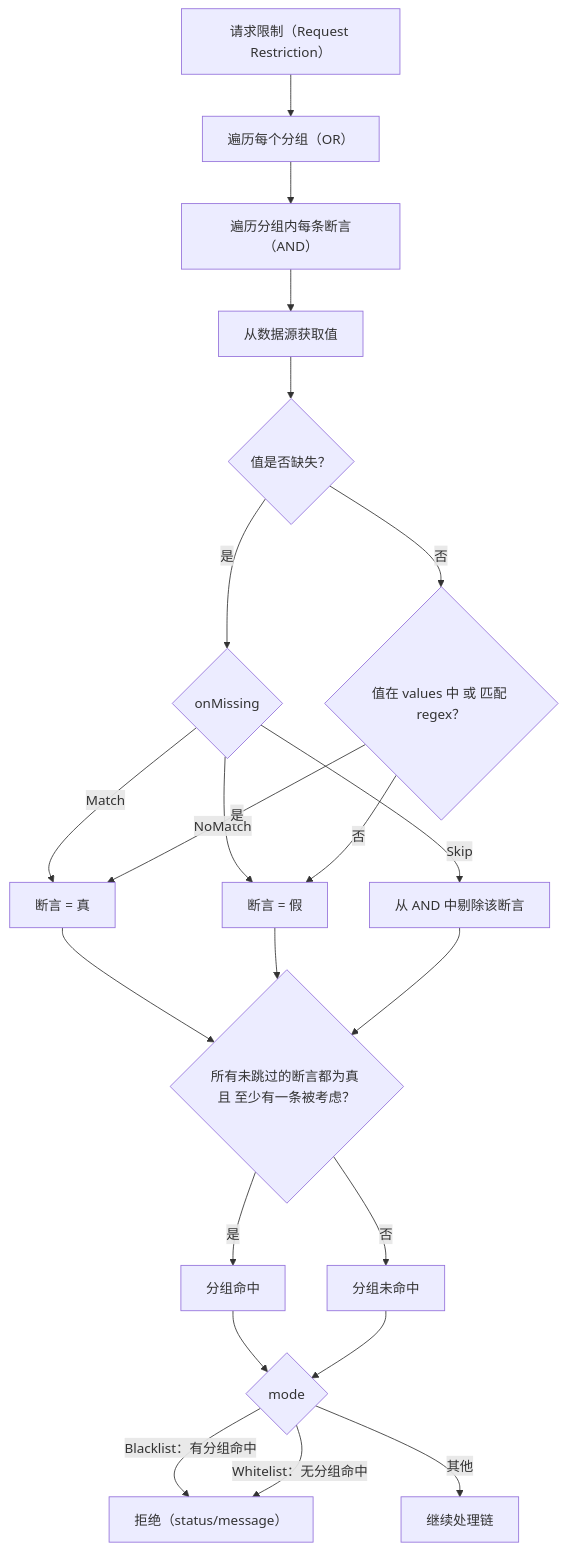
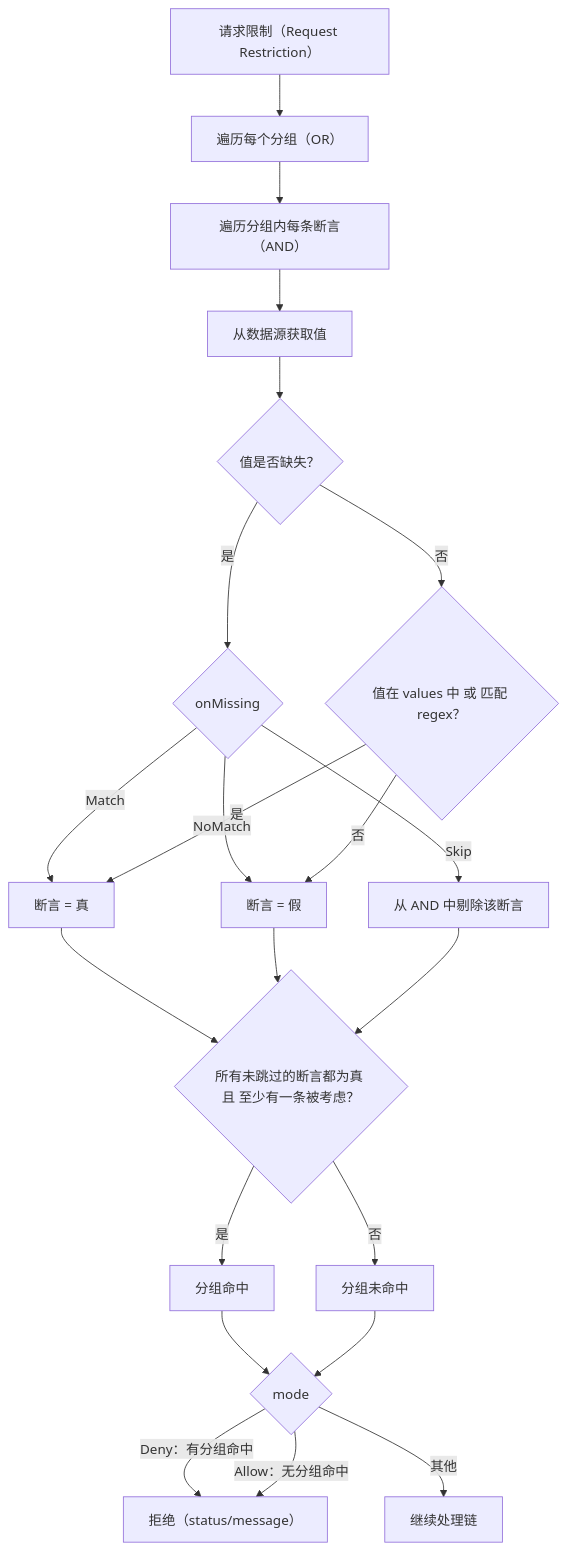
One commit to Pandaala/Edgion changed the diagram in docs/zh-CN/user-guide/http-route/filters/edgion-plugins/request-restriction.md. Above: the diagram before and after it, drawn with Mermaid. The commit also changed other lines of this file and 31 other files, not shown here.

````diff
--- a/docs/zh-CN/user-guide/http-route/filters/edgion-plugins/request-restriction.md
+++ b/docs/zh-CN/user-guide/http-route/filters/edgion-plugins/request-restriction.md
@@ -161,24 +163,24 @@
 ```mermaid
 flowchart TD
     A["请求限制（Request Restriction）"] --> B["遍历每个分组（OR）"]
     B --> C["遍历分组内每条断言（AND）"]
     C --> D["从数据源获取值"]
     D --> E{"值是否缺失？"}
     E -->|是| F{"onMissing"}
     F -->|Match| P1["断言 = 真"]
     F -->|NoMatch| P0["断言 = 假"]
     F -->|Skip| PS["从 AND 中剔除该断言"]
     E -->|否| G{"值在 values 中 或 匹配 regex？"}
     G -->|是| P1
     G -->|否| P0
     P1 --> H{"所有未跳过的断言都为真 且 至少有一条被考虑？"}
     P0 --> H
     PS --> H
     H -->|是| M["分组命中"]
     H -->|否| N["分组未命中"]
     M --> J{"mode"}
     N --> J
-    J -->|"Blacklist：有分组命中"| K["拒绝（status/message）"]
-    J -->|"Whitelist：无分组命中"| K
+    J -->|"Deny：有分组命中"| K["拒绝（status/message）"]
+    J -->|"Allow：无分组命中"| K
     J -->|其他| L["继续处理链"]
 ```
````
